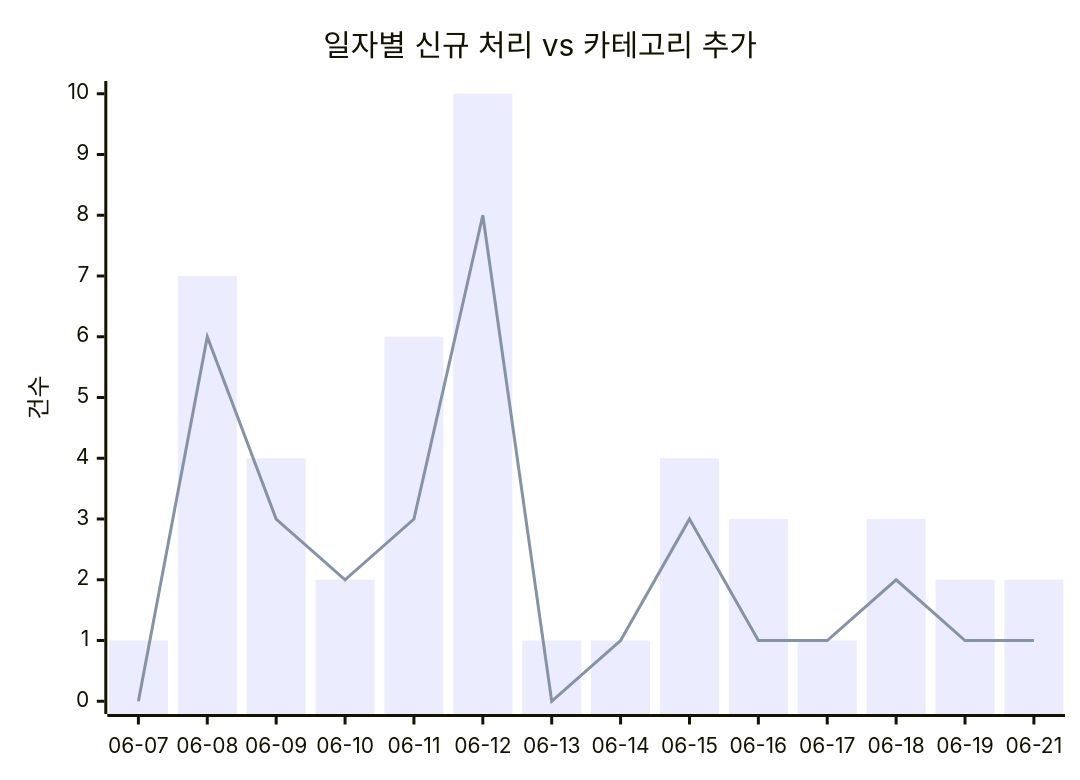
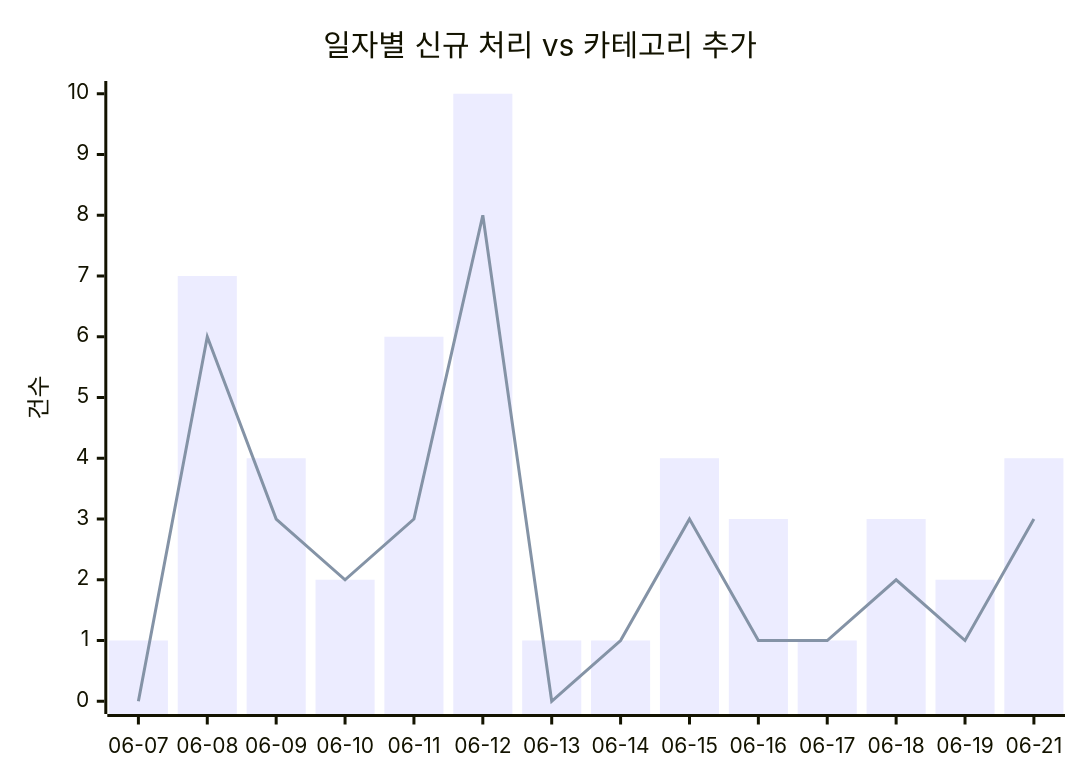
The first of 2 diagrams in docs/trends.md (J-nowcow/awesome-korean-agent-skills), drawn with Mermaid before and after one commit. The commit also changed other lines of this file and 5 other files, not shown here.

````diff
--- a/docs/trends.md
+++ b/docs/trends.md
@@ -32,8 +32,8 @@
 ```mermaid
 xychart-beta
     title "일자별 신규 처리 vs 카테고리 추가"
     x-axis ["06-07","06-08","06-09","06-10","06-11","06-12","06-13","06-14","06-15","06-16","06-17","06-18","06-19","06-21"]
     y-axis "건수"
-    bar [1,7,4,2,6,10,1,1,4,3,1,3,2,2]
-    line [0,6,3,2,3,8,0,1,3,1,1,2,1,1]
+    bar [1,7,4,2,6,10,1,1,4,3,1,3,2,4]
+    line [0,6,3,2,3,8,0,1,3,1,1,2,1,3]
 ```
````
